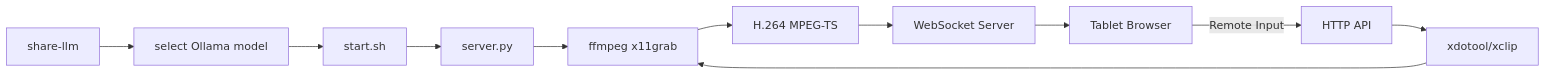
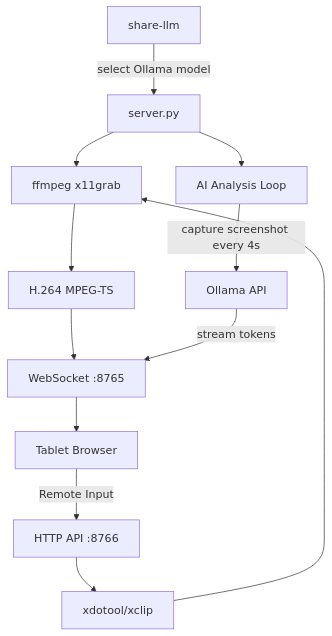
Before and after one commit to krsatyam36/llm-share: the diagram in README.md, drawn with Mermaid. The commit also changed other lines of this file, not shown here.

Commit message:
docs: update README to reflect AI analysis loop and split-screen UI

````diff
--- a/README.md
+++ b/README.md
@@ -59,13 +60,15 @@
 ```mermaid
-graph LR
-    A[share-llm] --> B[select Ollama model]
-    B --> C[start.sh]
-    C --> D[server.py]
-    D --> E[ffmpeg x11grab]
-    E --> F[H.264 MPEG-TS]
-    F --> G[WebSocket Server]
-    G --> H[Tablet Browser]
-    H -- Remote Input --> I[HTTP API]
-    I --> J[xdotool/xclip]
-    J --> E
+graph TB
+    A[share-llm] -->|select Ollama model| B[server.py]
+    B --> C[ffmpeg x11grab]
+    C --> D[H.264 MPEG-TS]
+    D --> E[WebSocket :8765]
+    E --> F[Tablet Browser]
+    F -- Remote Input --> G[HTTP API :8766]
+    G --> H[xdotool/xclip]
+    H --> C
+
+    B --> I[AI Analysis Loop]
+    I -->|capture screenshot every 4s| J[Ollama API]
+    J -->|stream tokens| E
 ```
````
